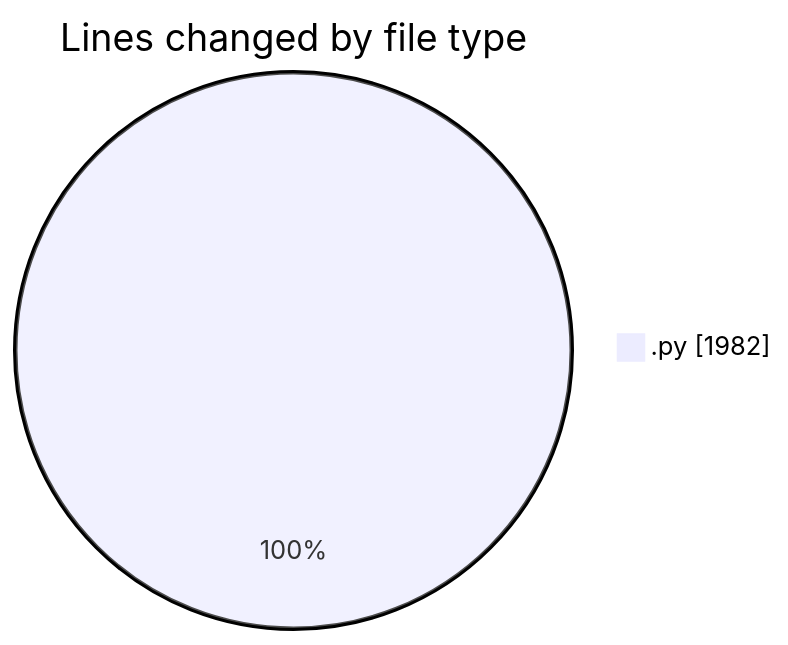
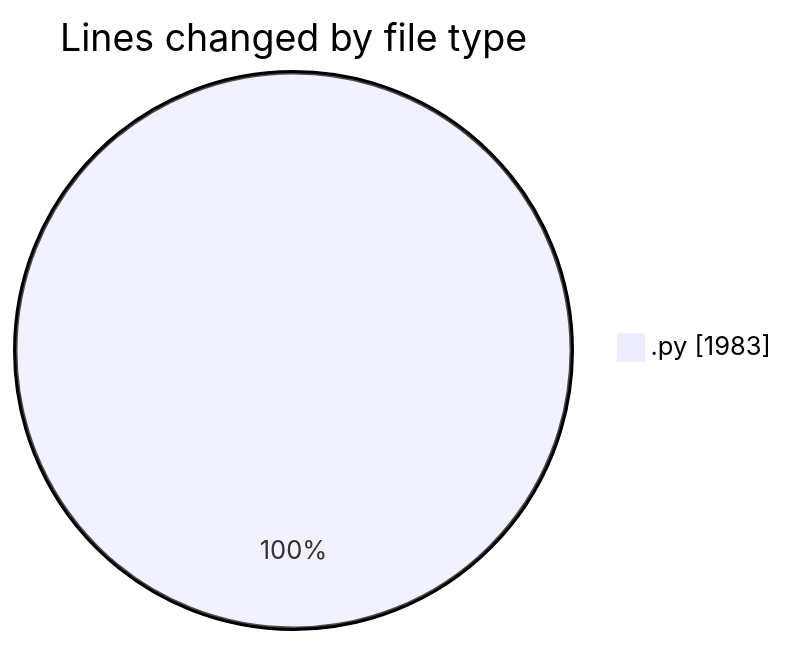
One commit to julien-gomy/code-tracking changed the first of 2 diagrams in 2025-10-23/eventscop-api-guide__workspace_/README.md. Above: the diagram before and after it, drawn with Mermaid. The commit also changed other lines of this file and 1 other file, not shown here.

````diff
--- a/2025-10-23/eventscop-api-guide__workspace_/README.md
+++ b/2025-10-23/eventscop-api-guide__workspace_/README.md
@@ -22,5 +22,5 @@
 ```mermaid
 pie showData
 title Lines changed by file type
-".py" : 1982
+".py" : 1983
 ```
````
